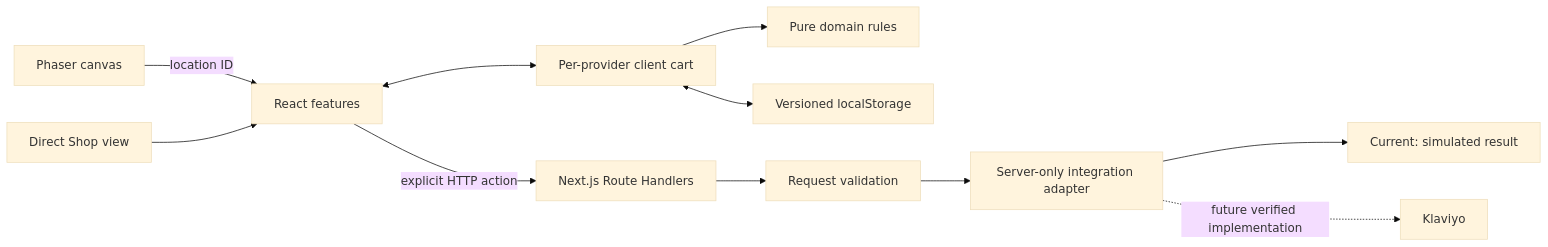
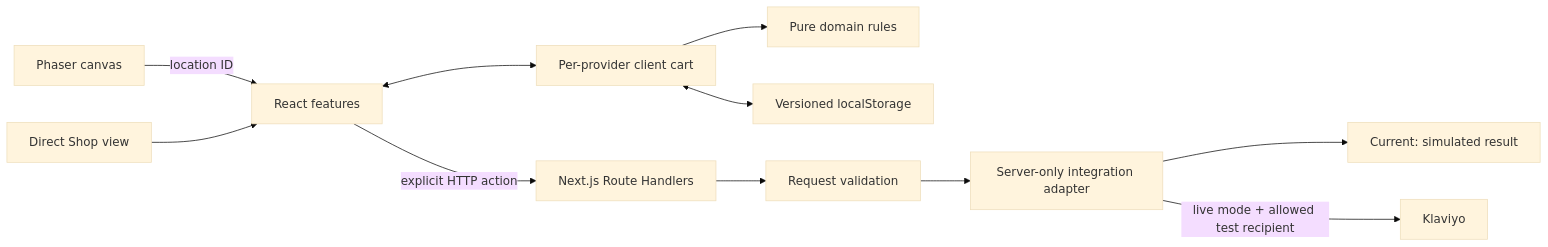
Before and after one commit to RauPro/sidequest: the diagram in ARCHITECTURE.md, drawn with Mermaid (base theme). The commit also changed other lines of this file and 7 other files, not shown here.

````diff
--- a/ARCHITECTURE.md
+++ b/ARCHITECTURE.md
@@ -11,13 +11,13 @@
 ```mermaid
 flowchart LR
   World[Phaser canvas] -->|location ID| UI[React features]
   Shop[Direct Shop view] --> UI
   UI <--> Cart[Per-provider client cart]
   Cart --> Rules[Pure domain rules]
   Cart <--> Storage[Versioned localStorage]
   UI -->|explicit HTTP action| API[Next.js Route Handlers]
   API --> Validation[Request validation]
   Validation --> Adapter[Server-only integration adapter]
   Adapter --> Demo[Current: simulated result]
-  Adapter -. future verified implementation .-> Klaviyo[Klaviyo]
+  Adapter -->|live mode + allowed test recipient| Klaviyo[Klaviyo]
 ```
````
